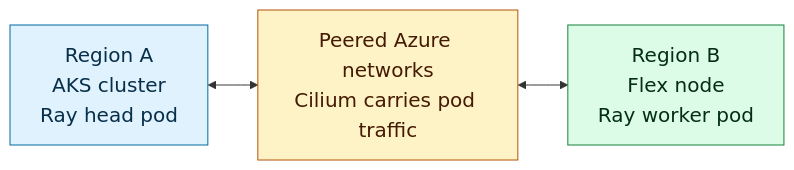
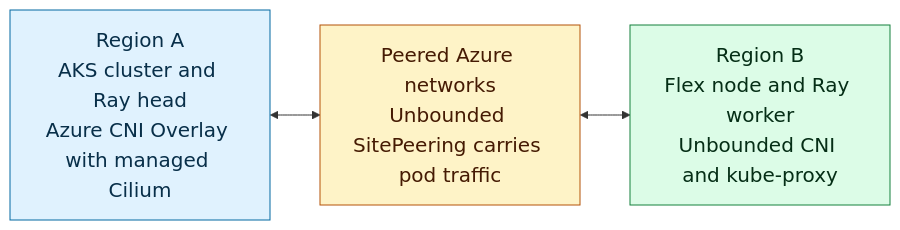
One commit to KenKilty/aks-flex-anyscale-lab changed the diagram in docs/ai-workloads-on-aks/assets/architecture/01-solution-overview.mmd. Above: the diagram before and after it, drawn with Mermaid. The commit also changed 27 other files, not shown here.

Commit message:
Prove managed Cilium and Unbounded mixed CNI

```diff
--- a/docs/ai-workloads-on-aks/assets/architecture/01-solution-overview.mmd
+++ b/docs/ai-workloads-on-aks/assets/architecture/01-solution-overview.mmd
@@ -1,13 +1,13 @@
 flowchart LR
-  regionA["Region A<br/>AKS cluster<br/>Ray head pod"]
-  network["Peered Azure networks<br/>Cilium carries pod traffic"]
-  regionB["Region B<br/>Flex node<br/>Ray worker pod"]
+  regionA["Region A<br/>AKS cluster and Ray head<br/>Azure CNI Overlay with managed Cilium"]
+  network["Peered Azure networks<br/>Unbounded SitePeering carries pod traffic"]
+  regionB["Region B<br/>Flex node and Ray worker<br/>Unbounded CNI and kube-proxy"]
 
   regionA <--> network <--> regionB
 
   classDef home fill:#e0f2fe,stroke:#0369a1,color:#082f49,font-size:20px
   classDef link fill:#fef3c7,stroke:#b45309,color:#451a03,font-size:20px
   classDef flex fill:#dcfce7,stroke:#15803d,color:#052e16,font-size:20px
   class regionA home
   class network link
   class regionB flex
```
